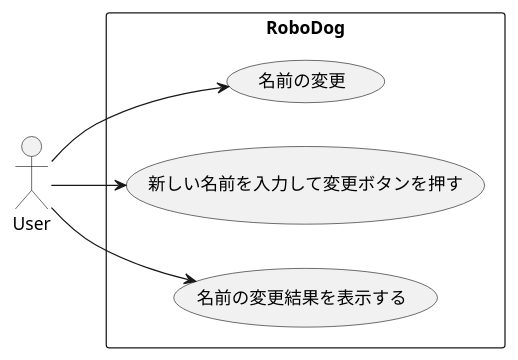
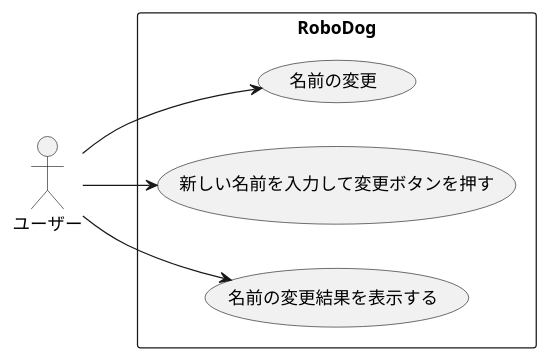
Before and after one commit to ko246/ohara_uml: the diagram in group/06_robo_dog_3/ユースケース図/usecase.pu, drawn with PlantUML.

```diff
--- a/group/06_robo_dog_3/ユースケース図/usecase.pu
+++ b/group/06_robo_dog_3/ユースケース図/usecase.pu
@@ -1,12 +1,12 @@
 @startuml 名前変更
 left to right direction
-actor "User" as fc
+actor "ユーザー" as fc
 rectangle RoboDog {
   usecase "名前の変更" as UC1
   usecase "新しい名前を入力して変更ボタンを押す" as UC2
   usecase "名前の変更結果を表示する" as UC3
 }
 fc --> UC1
 fc --> UC2
 fc --> UC3
 @enduml
```
